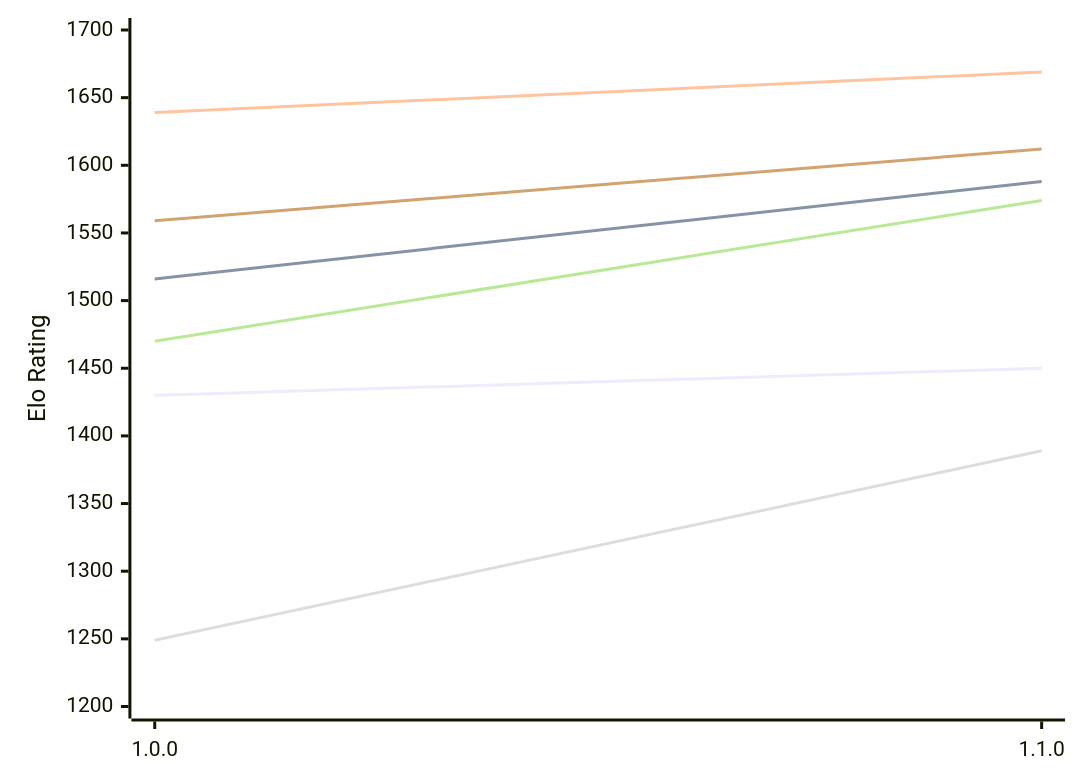
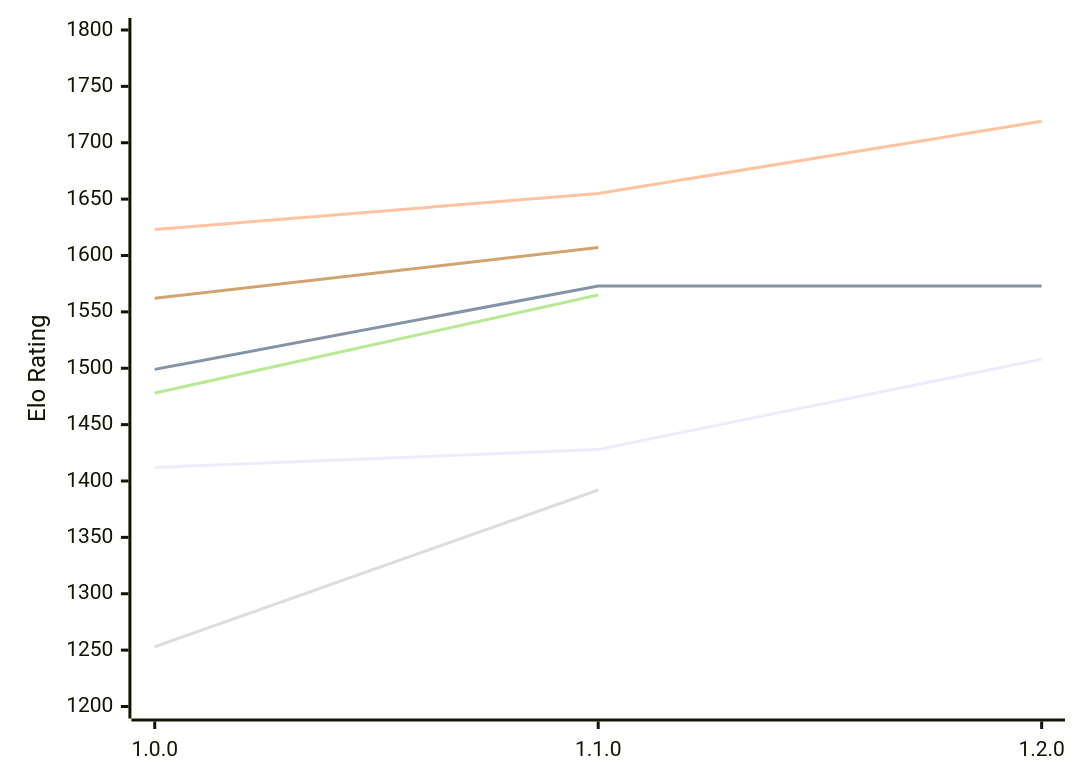
Before and after one commit to computer-chess-index/cci: the diagram in engines/Klak.md, drawn with Mermaid. The commit also changed other lines of this file, not shown here.

Commit message:
Update CCI Ratings (ELO VLTC) - 2026-11-15

````diff
--- a/engines/Klak.md
+++ b/engines/Klak.md
@@ -49,12 +50,12 @@
 ```mermaid
 %%{init: {"theme":"base","themeVariables":{"seriesColors:['#a3a3a3','#222221','#faa371']}}}%%
 xychart-beta
-  x-axis ["1.0.0", "1.1.0"]
-  y-axis "Elo Rating" 1200 --> 1700
-  line "E1: STC (8.0+0.08s)" [1430, 1450]
-  line "E1: LTC (60.0+0.60s)" [1516, 1588]
-  line "E1: VLTC (2m24s+1.12s)" [1639, 1669]
-  line "P1: STC (8.0+0.08s)" [1249, 1389]
-  line "P1: LTC (60.0+0.60s)" [1470, 1574]
-  line "P1: VLTC (2m24s+1.12s)" [1559, 1612]
+  x-axis ["1.0.0", "1.1.0", "1.2.0"]
+  y-axis "Elo Rating" 1200 --> 1800
+  line "E1: STC (8.0+0.08s)" [1412, 1428, 1508]
+  line "E1: LTC (60.0+0.60s)" [1499, 1573, 1573]
+  line "E1: VLTC (2m24s+1.12s)" [1623, 1655, 1719]
+  line "P1: STC (8.0+0.08s)" [1253, 1392]
+  line "P1: LTC (60.0+0.60s)" [1478, 1565]
+  line "P1: VLTC (2m24s+1.12s)" [1562, 1607]
 ```
````
